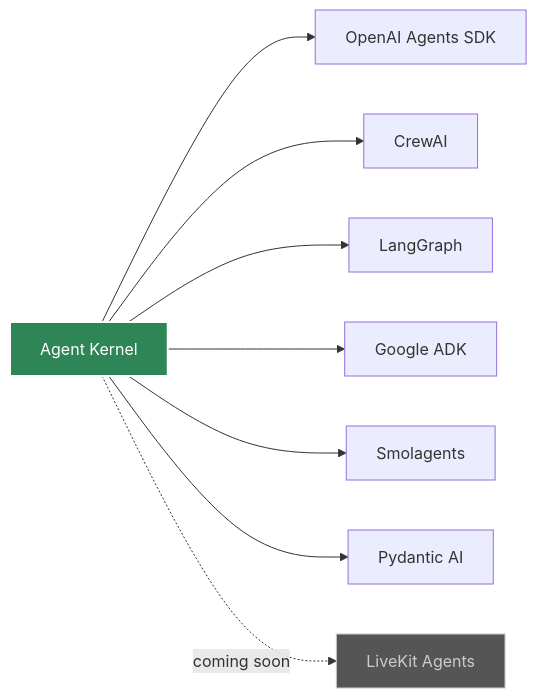
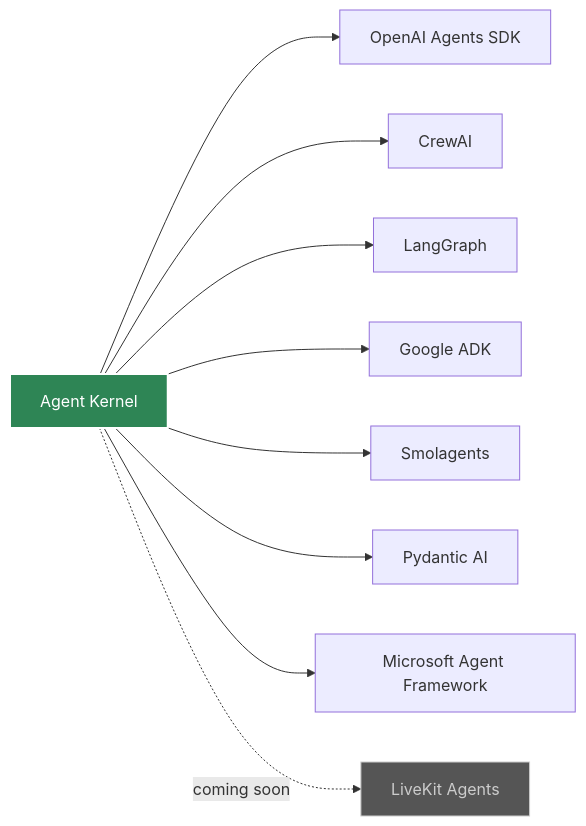
The diagram in docs/docs/frameworks/overview.md (yaalalabs/agent-kernel), drawn with Mermaid before and after one commit. The commit also changed other lines of this file and 35 other files, not shown here.

````diff
--- a/docs/docs/frameworks/overview.md
+++ b/docs/docs/frameworks/overview.md
@@ -11,13 +11,14 @@
 ```mermaid
 graph LR
     A[Agent Kernel] --> B[OpenAI Agents SDK]
     A --> C[CrewAI]
     A --> D[LangGraph]
     A --> E[Google ADK]
     A --> F[Smolagents]
     A --> G[Pydantic AI]
+    A --> M[Microsoft Agent Framework]
     A -.->|coming soon| LK[LiveKit Agents]
     
     style A fill:#2e8555,stroke:#fff,stroke-width:2px,color:#fff
     style LK fill:#555,stroke:#ccc,stroke-width:1px,color:#ccc
 ```
````
